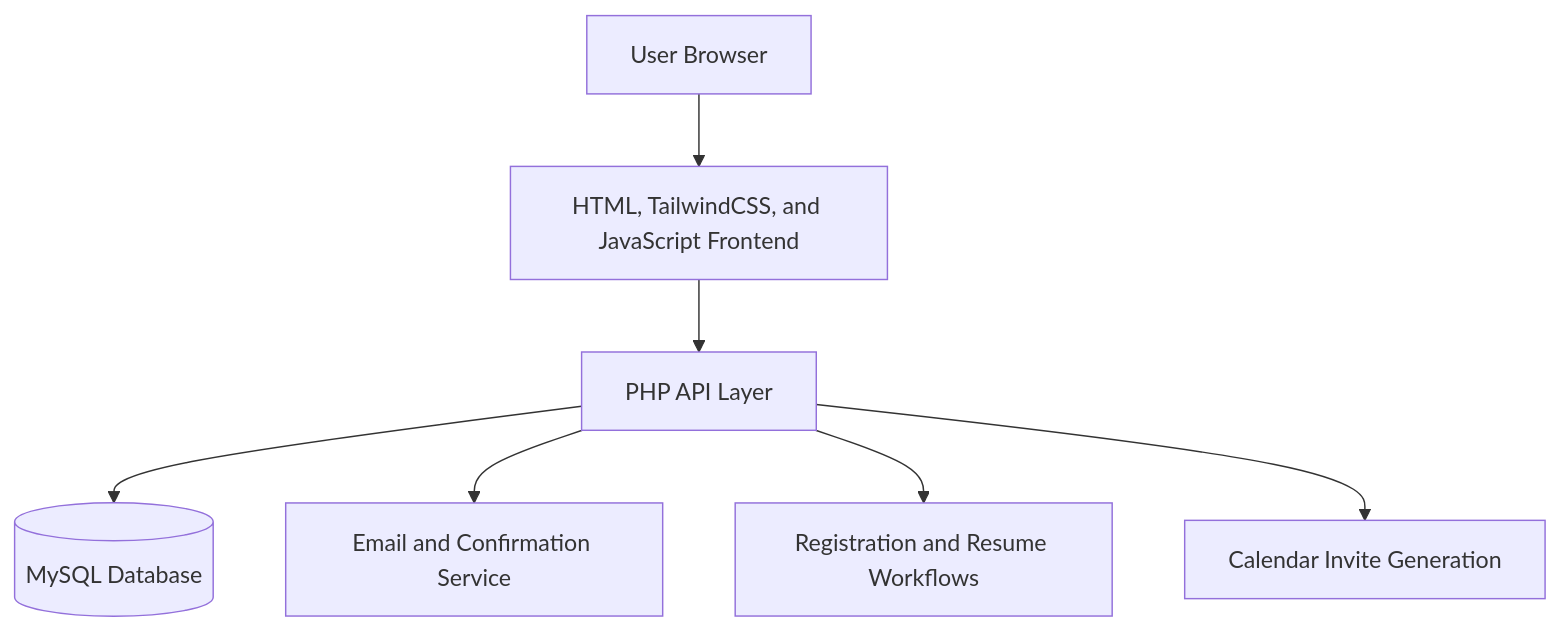
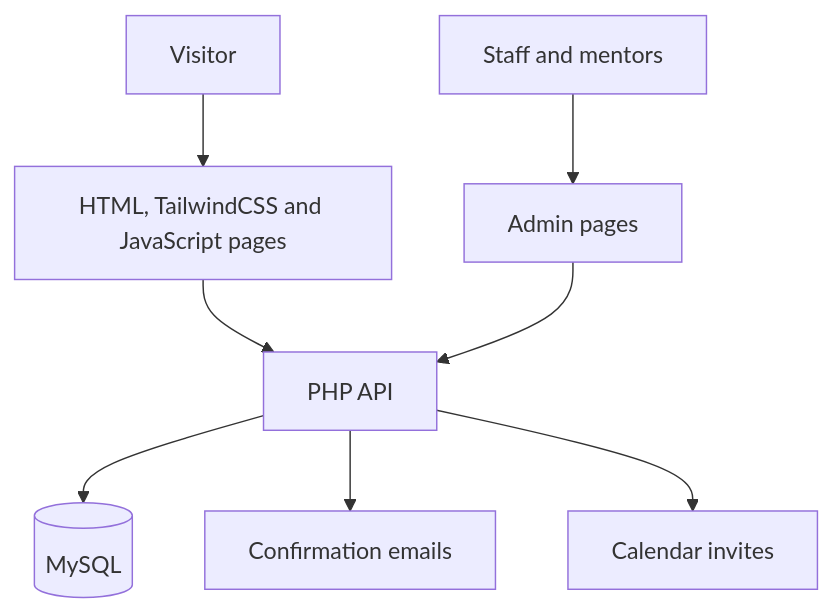
Before and after one commit to gokselkacar/selected-products: the diagram in products/start-jobs-career-readiness-events-platform.md, drawn with Mermaid. The commit also changed other lines of this file and 61 other files, not shown here.

````diff
--- a/products/start-jobs-career-readiness-events-platform.md
+++ b/products/start-jobs-career-readiness-events-platform.md
@@ -72,9 +34,10 @@
 ```mermaid
 flowchart TD
-    U[User Browser] --> F[HTML, TailwindCSS, and JavaScript Frontend]
-    F --> A[PHP API Layer]
-    A --> D[(MySQL Database)]
-    A --> M[Email and Confirmation Service]
-    A --> R[Registration and Resume Workflows]
-    A --> C[Calendar Invite Generation]
+    U[Visitor] --> F[HTML, TailwindCSS and JavaScript pages]
+    F --> A[PHP API]
+    A --> D[(MySQL)]
+    A --> M[Confirmation emails]
+    A --> C[Calendar invites]
+    S[Staff and mentors] --> P[Admin pages]
+    P --> A
 ```
````
